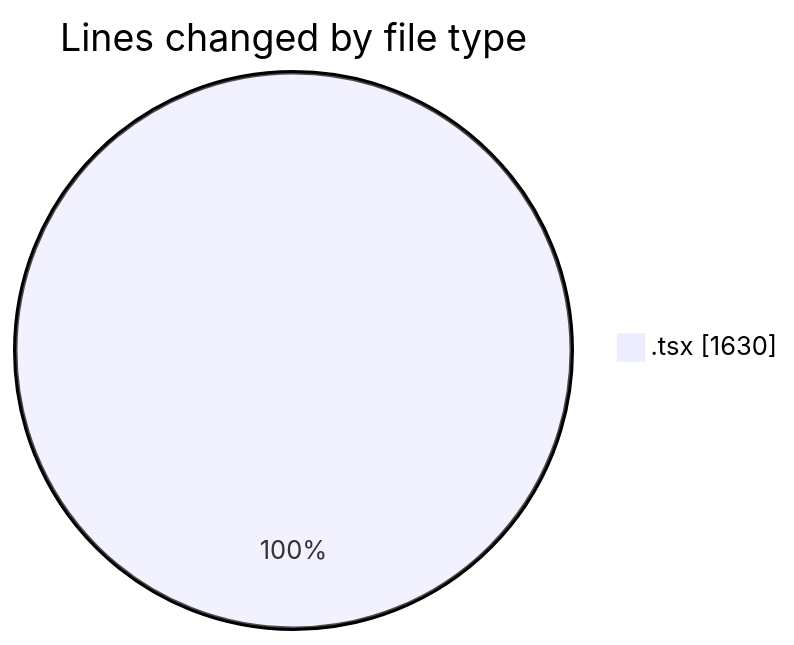
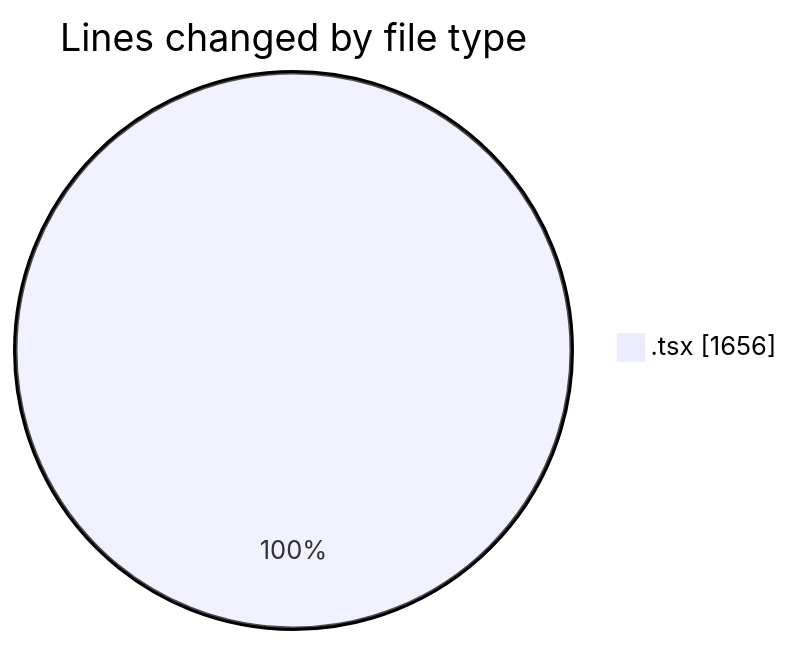
The first of 2 diagrams in 2025-06-12/cda/README.md (momahboobian/code-tracking), drawn with Mermaid before and after one commit. The commit also changed other lines of this file and 1 other file, not shown here.

````diff
--- a/2025-06-12/cda/README.md
+++ b/2025-06-12/cda/README.md
@@ -22,5 +22,5 @@
 ```mermaid
 pie showData
 title Lines changed by file type
-".tsx" : 1630
+".tsx" : 1656
 ```
````
